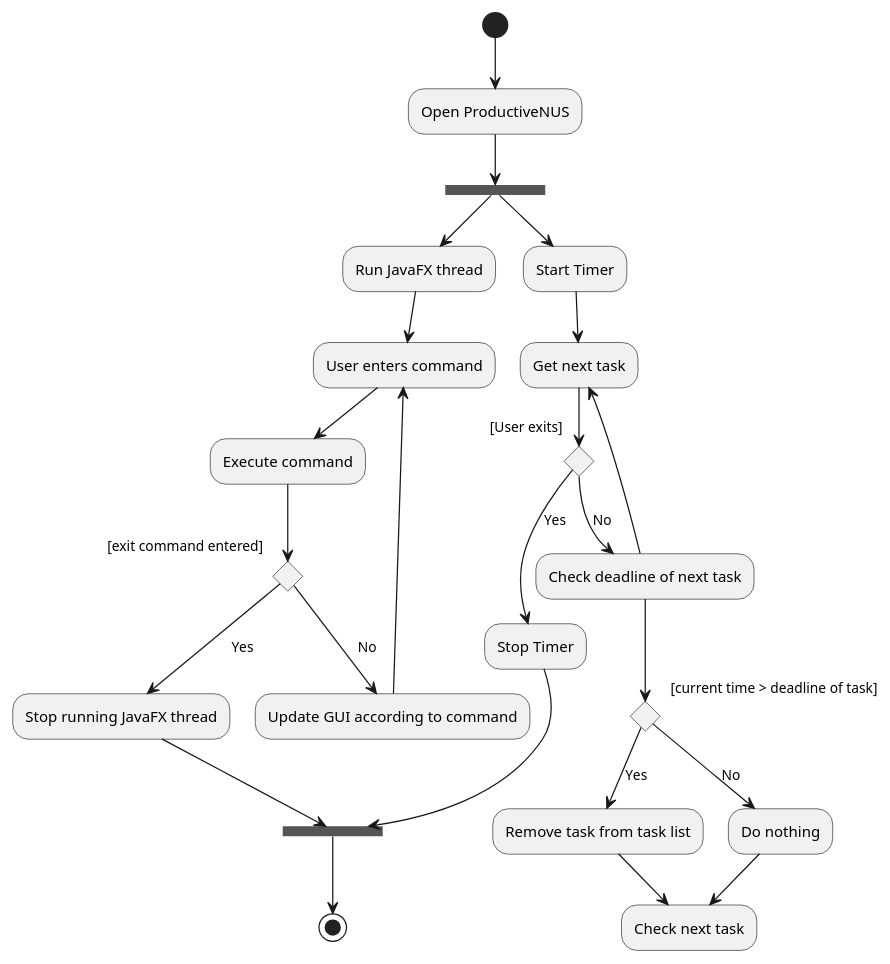
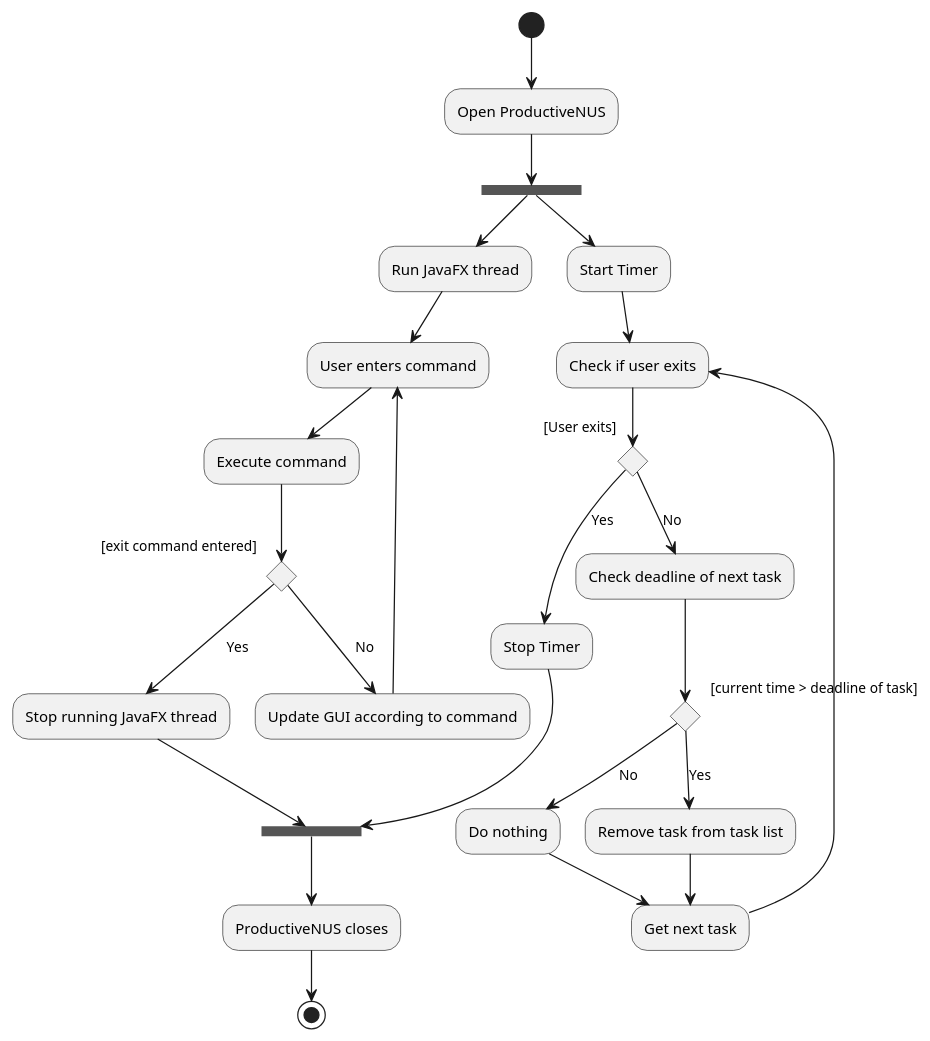
The diagram in docs/diagrams/AutoUpdateTaskListActivityDiagram.puml (nus-cs2103-AY2021S1/tp), drawn with PlantUML before and after one commit. The commit also changed 1 other file, not shown here.

Commit message:
Edit diagram

```diff
--- a/docs/diagrams/AutoUpdateTaskListActivityDiagram.puml
+++ b/docs/diagrams/AutoUpdateTaskListActivityDiagram.puml
@@ -1,34 +1,33 @@
 @startuml
 (*)  --> "Open ProductiveNUS"
 --> ===B1===
 --> "Run JavaFX thread"
 --> "User enters command"
 --> "Execute command"
 If "[exit command entered]" then
 --> [Yes] "Stop running JavaFX thread"
 --> ===B2===
 else
 --> [No] "Update GUI according to command"
 --> "User enters command"
 Endif
 
 ===B1=== --> "Start Timer"
---> Get next task
+--> Check if user exits
 If "[User exits]" then
 --> [No] "Check deadline of next task"
---> "Get next task"
 "Check deadline of next task" --> If "[current time > deadline of task]" then
     --> [Yes] "Remove task from task list"
-    --> "Check next task"
+    --> "Get next task"
     else
     --> [No] "Do nothing"
-    --> "Check next task"
+    --> "Get next task"
     Endif
+"Get next task" --> "Check if user exits"
 else
 --> [Yes] "Stop Timer"
 --> ===B2===
 EndIf
-'--> ===B2===
-'===B2=== --> "ProductiveNUS closes"
+===B2=== --> "ProductiveNUS closes"
 -->(*)
 @enduml
```
